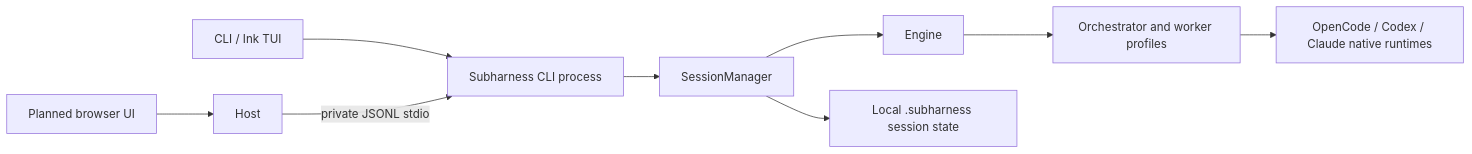
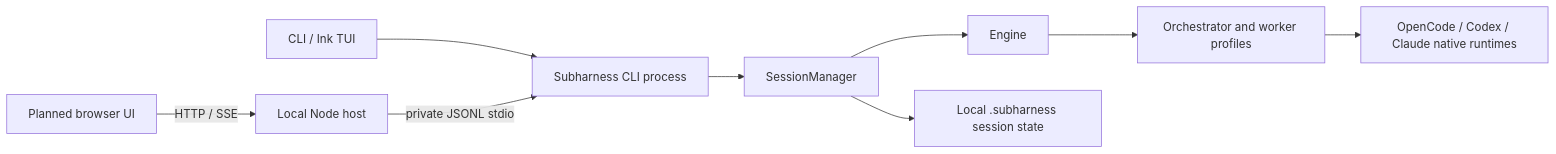
Before and after one commit to thhanabun/Agent_Profiler: the diagram in docs/SYSTEM_OVERVIEW.md, drawn with Mermaid. The commit also changed other lines of this file and 5 other files, not shown here.

````diff
--- a/docs/SYSTEM_OVERVIEW.md
+++ b/docs/SYSTEM_OVERVIEW.md
@@ -7,11 +7,11 @@
 ```mermaid
 flowchart LR
   TUI[CLI / Ink TUI] --> CLI[Subharness CLI process]
-  Web[Planned browser UI] --> Host
+  Web[Planned browser UI] -->|HTTP / SSE| Host[Local Node host]
   Host -->|private JSONL stdio| CLI
   CLI --> Manager[SessionManager]
   Manager --> Engine[Engine]
   Engine --> Profiles[Orchestrator and worker profiles]
   Profiles --> Native[OpenCode / Codex / Claude native runtimes]
   Manager --> State[Local .subharness session state]
 ```
````
